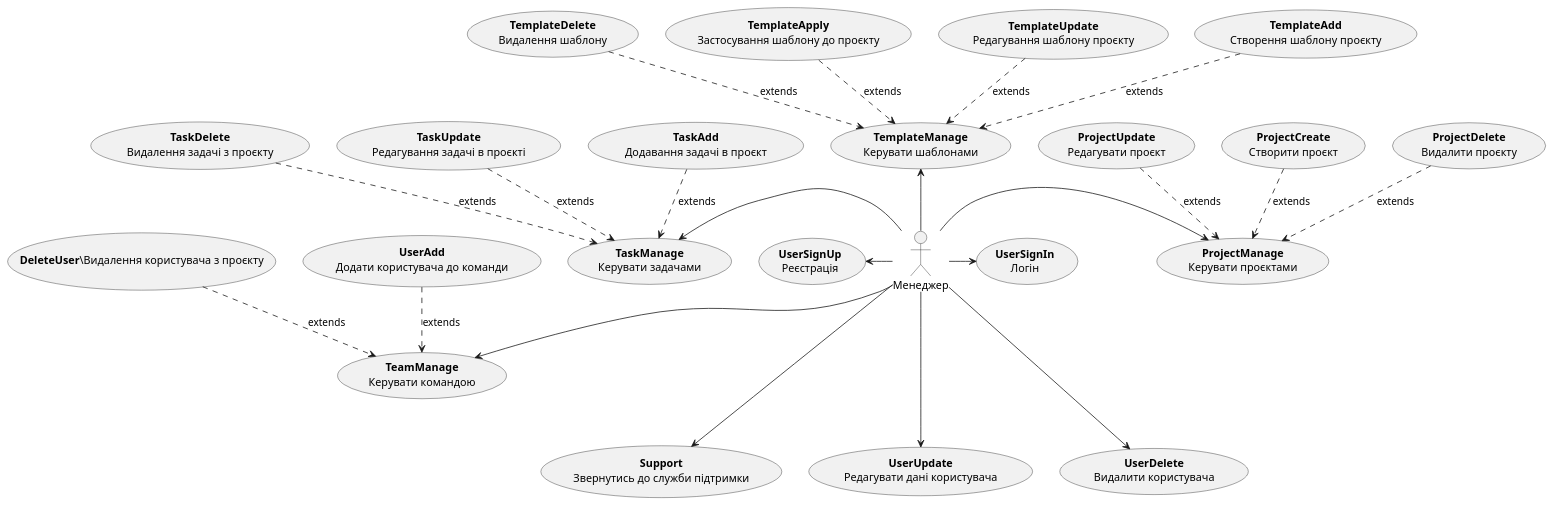
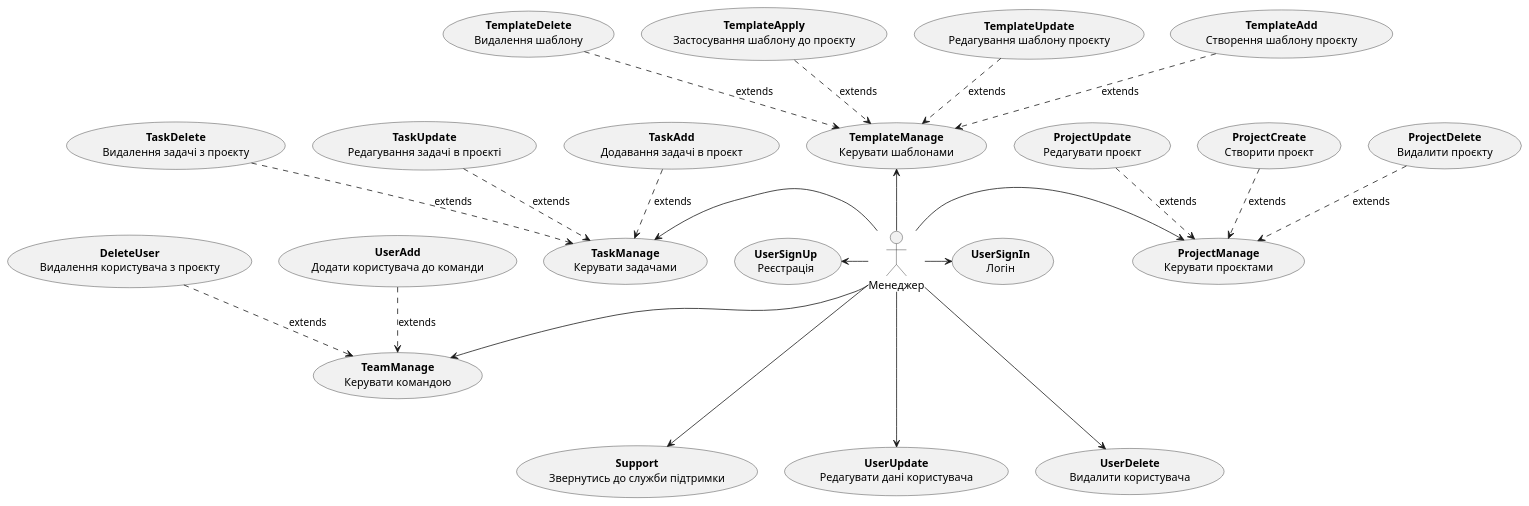
One commit to vlad13242/TaskForge changed the third of 4 diagrams in docs/use cases/README.md. Above: the diagram before and after it, drawn with PlantUML. The commit also changed other lines of this file, not shown here.

```diff
--- a/docs/use cases/README.md
+++ b/docs/use cases/README.md
@@ -94,51 +94,51 @@
 @startuml
 
     skinparam noteFontColor white
 
     actor "Менеджер" as Manager
 
     usecase "<b>UserSignUp</b>\nРеєстрація" as UserSignUp
     usecase "<b>UserSignIn</b>\nЛогін" as UserSignIn
     usecase "<b>UserUpdate</b>\nРедагувати дані користувача" as UserUpdate
     usecase "<b>UserDelete</b>\nВидалити користувача" as UserDelete
     usecase "<b>Support</b>\nЗвернутись до служби підтримки" as Support
     usecase "<b>ProjectManage</b>\nКерувати проєктами" as ProjectManage
     usecase "<b>ProjectCreate</b>\nСтворити проєкт" as ProjectCreate
     usecase "<b>ProjectUpdate</b>\nРедагувати проєкт" as ProjectUpdate
     usecase "<b>ProjectDelete</b>\nВидалити проєкту" as ProjectDelete
     usecase "<b>TeamManage</b>\nКерувати командою" as TeamManage
     usecase "<b>UserAdd</b>\nДодати користувача до команди" as UserAdd
-    usecase "<b>DeleteUser</b>\Видалення користувача з проєкту" as DeleteUser
+    usecase "<b>DeleteUser</b>\nВидалення користувача з проєкту" as DeleteUser
     usecase "<b>TaskManage</b>\nКерувати задачами" as TaskManage
     usecase "<b>TaskAdd</b>\nДодавання задачі в проєкт" as TaskAdd
     usecase "<b>TaskUpdate</b>\nРедагування задачі в проєкті" as TaskUpdate
     usecase "<b>TaskDelete</b>\nВидалення задачі з проєкту" as TaskDelete
     usecase "<b>TemplateManage</b>\nКерувати шаблонами" as TemplateManage
     usecase "<b>TemplateAdd</b>\nСтворення шаблону проєкту" as TemplateAdd
     usecase "<b>TemplateUpdate</b>\nРедагування шаблону проєкту" as TemplateUpdate
     usecase "<b>TemplateApply</b>\nЗастосування шаблону до проєкту" as TemplateApply
     usecase "<b>TemplateDelete</b>\nВидалення шаблону" as TemplateDelete
 
     Manager -l-> UserSignUp
     Manager -r-> UserSignIn
     Manager --d-> UserUpdate
     Manager --d-> UserDelete
     Manager --d-> Support
     Manager -r-> ProjectManage
     Manager -d-> TeamManage
     Manager -l-> TaskManage
     Manager -u-> TemplateManage
     ProjectManage <.u. ProjectCreate:extends
     ProjectManage <.u. ProjectUpdate:extends
     ProjectManage <.u. ProjectDelete:extends
     TeamManage <.u. UserAdd:extends
     TeamManage <.u. DeleteUser:extends
     TaskManage <.u. TaskAdd:extends
     TaskManage <.u. TaskUpdate:extends
     TaskManage <.u. TaskDelete:extends
     TemplateManage <.u. TemplateAdd:extends
     TemplateManage <.u. TemplateUpdate:extends
     TemplateManage <.u. TemplateApply:extends
     TemplateManage <.u. TemplateDelete:extends
 
 @enduml
```
